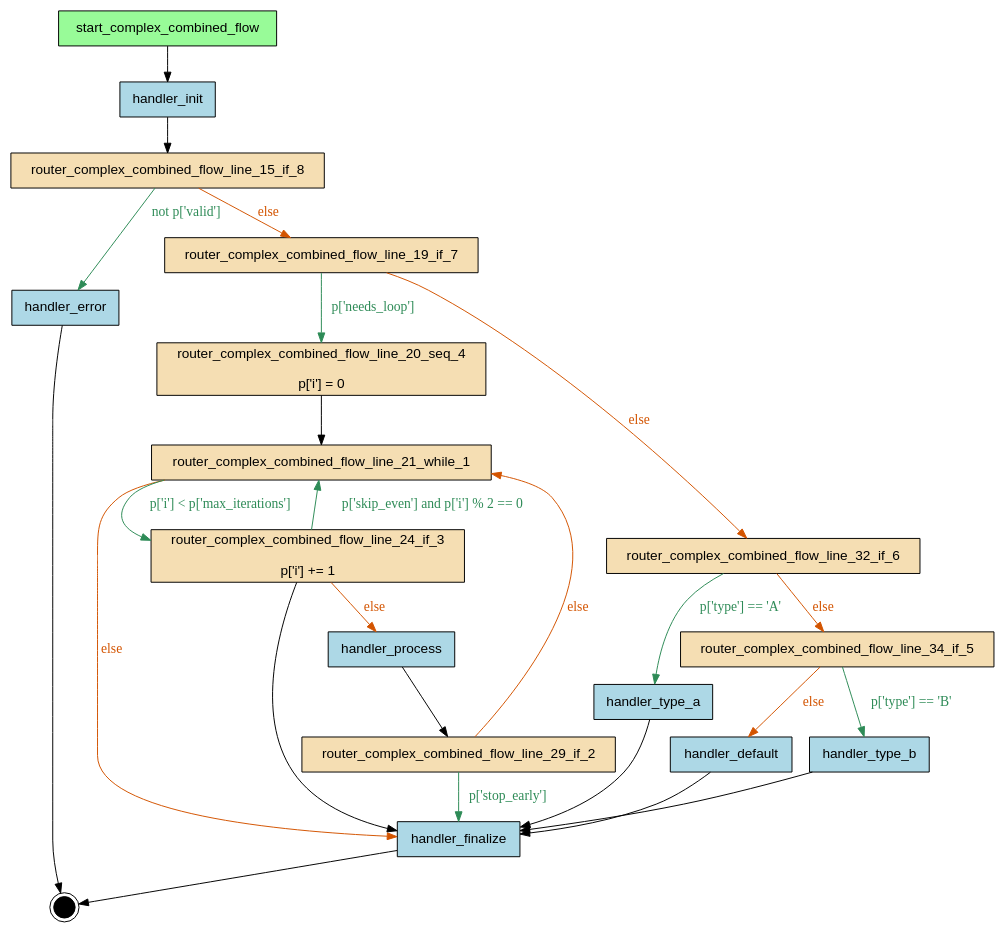
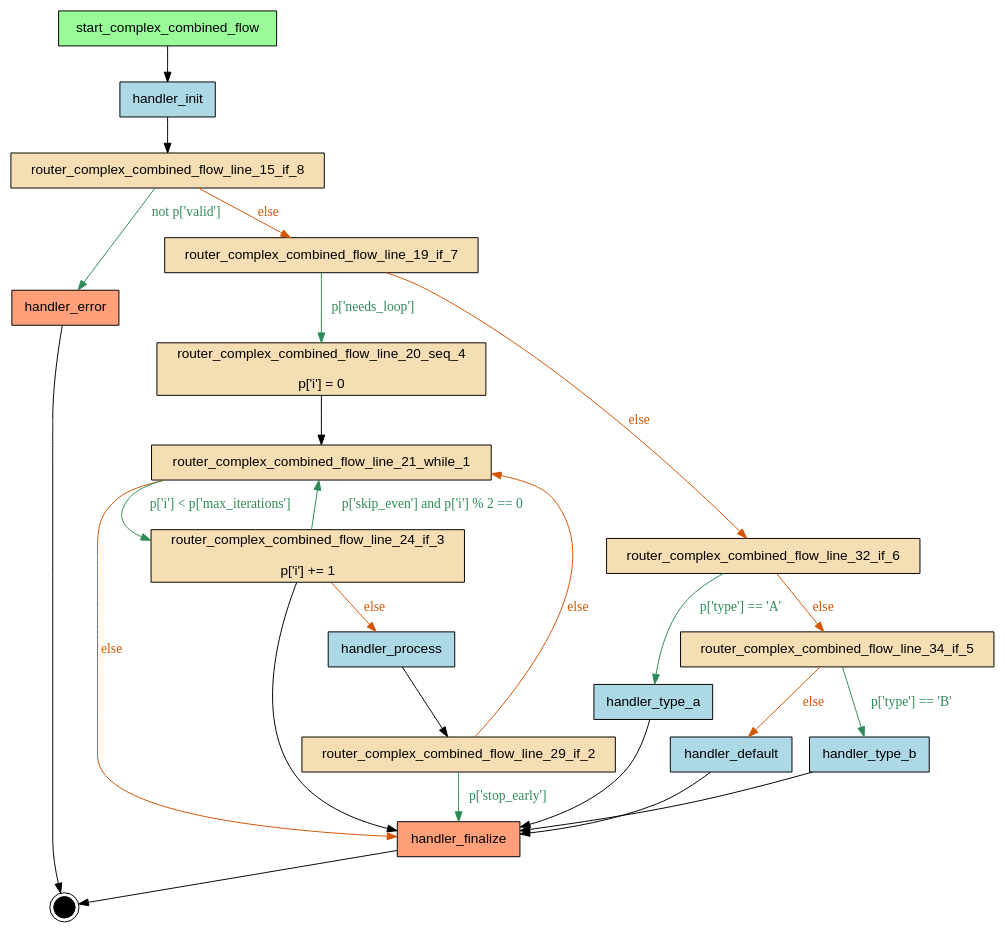
One commit to deliveryhero/asya changed the diagram in examples/flows/compiled/complex_combined/flow.dot. Above: the diagram before and after it, drawn with Graphviz. The commit also changed 263 other files, not shown here.

Commit message:
refactor(compiler): rename flow_role->role, is_generated->generated; add two-label manifest system (asya.sh/role + asya.sh/generated)

```diff
--- a/examples/flows/compiled/complex_combined/flow.dot
+++ b/examples/flows/compiled/complex_combined/flow.dot
@@ -1,50 +1,50 @@
 digraph "complex_combined_flow" {
     rankdir=TB;
     node [shape=box, style=filled, fontname="Helvetica"];
 
     { rank=source; start_complex_combined_flow; }
 
     handler_default [label="handler_default", fillcolor=lightblue];
-    handler_error [label="handler_error", fillcolor=lightblue];
-    handler_finalize [label="handler_finalize", fillcolor=lightblue];
+    handler_error [label="handler_error", fillcolor=lightsalmon];
+    handler_finalize [label="handler_finalize", fillcolor=lightsalmon];
     handler_init [label="handler_init", fillcolor=lightblue];
     handler_process [label="handler_process", fillcolor=lightblue];
     handler_type_a [label="handler_type_a", fillcolor=lightblue];
     handler_type_b [label="handler_type_b", fillcolor=lightblue];
     router_complex_combined_flow_line_15_if_8 [label="router_complex_combined_flow_line_15_if_8", fillcolor=wheat];
     router_complex_combined_flow_line_19_if_7 [label="router_complex_combined_flow_line_19_if_7", fillcolor=wheat];
     router_complex_combined_flow_line_20_seq_4 [label="router_complex_combined_flow_line_20_seq_4\n\np['i'] = 0", fillcolor=wheat];
     router_complex_combined_flow_line_21_while_1 [label="router_complex_combined_flow_line_21_while_1", fillcolor=wheat];
     router_complex_combined_flow_line_24_if_3 [label="router_complex_combined_flow_line_24_if_3\n\np['i'] += 1", fillcolor=wheat];
     router_complex_combined_flow_line_29_if_2 [label="router_complex_combined_flow_line_29_if_2", fillcolor=wheat];
     router_complex_combined_flow_line_32_if_6 [label="router_complex_combined_flow_line_32_if_6", fillcolor=wheat];
     router_complex_combined_flow_line_34_if_5 [label="router_complex_combined_flow_line_34_if_5", fillcolor=wheat];
     start_complex_combined_flow [label="start_complex_combined_flow", fillcolor=palegreen];
 
     __end__ [label="", shape=doublecircle, fillcolor=black, width=0.3, fixedsize=true];
 
     start_complex_combined_flow -> handler_init;
     handler_init -> router_complex_combined_flow_line_15_if_8;
     router_complex_combined_flow_line_29_if_2 -> handler_finalize [label="p['stop_early']", color="#2E8B57", fontcolor="#2E8B57"];
     router_complex_combined_flow_line_24_if_3 -> router_complex_combined_flow_line_21_while_1 [label="p['skip_even'] and p['i'] % 2 == 0", color="#2E8B57", fontcolor="#2E8B57"];
     router_complex_combined_flow_line_24_if_3 -> handler_process [label="else", color="#D35400", fontcolor="#D35400"];
     handler_process -> router_complex_combined_flow_line_29_if_2;
     router_complex_combined_flow_line_21_while_1 -> router_complex_combined_flow_line_24_if_3 [label="p['i'] < p['max_iterations']", color="#2E8B57", fontcolor="#2E8B57"];
     router_complex_combined_flow_line_21_while_1 -> handler_finalize [label="else", color="#D35400", fontcolor="#D35400"];
     router_complex_combined_flow_line_20_seq_4 -> router_complex_combined_flow_line_21_while_1;
     router_complex_combined_flow_line_34_if_5 -> handler_type_b [label="p['type'] == 'B'", color="#2E8B57", fontcolor="#2E8B57"];
     router_complex_combined_flow_line_34_if_5 -> handler_default [label="else", color="#D35400", fontcolor="#D35400"];
     router_complex_combined_flow_line_32_if_6 -> handler_type_a [label="p['type'] == 'A'", color="#2E8B57", fontcolor="#2E8B57"];
     router_complex_combined_flow_line_32_if_6 -> router_complex_combined_flow_line_34_if_5 [label="else", color="#D35400", fontcolor="#D35400"];
     router_complex_combined_flow_line_19_if_7 -> router_complex_combined_flow_line_20_seq_4 [label="p['needs_loop']", color="#2E8B57", fontcolor="#2E8B57"];
     router_complex_combined_flow_line_19_if_7 -> router_complex_combined_flow_line_32_if_6 [label="else", color="#D35400", fontcolor="#D35400"];
     router_complex_combined_flow_line_15_if_8 -> router_complex_combined_flow_line_19_if_7 [label="else", color="#D35400", fontcolor="#D35400"];
     router_complex_combined_flow_line_15_if_8 -> handler_error [label="not p['valid']", color="#2E8B57", fontcolor="#2E8B57"];
     router_complex_combined_flow_line_29_if_2 -> router_complex_combined_flow_line_21_while_1 [label="else", color="#D35400", fontcolor="#D35400"];
     handler_type_a -> handler_finalize;
     handler_type_b -> handler_finalize;
     handler_default -> handler_finalize;
     router_complex_combined_flow_line_24_if_3 -> handler_finalize;
     handler_error -> __end__;
     handler_finalize -> __end__;
 }
```
